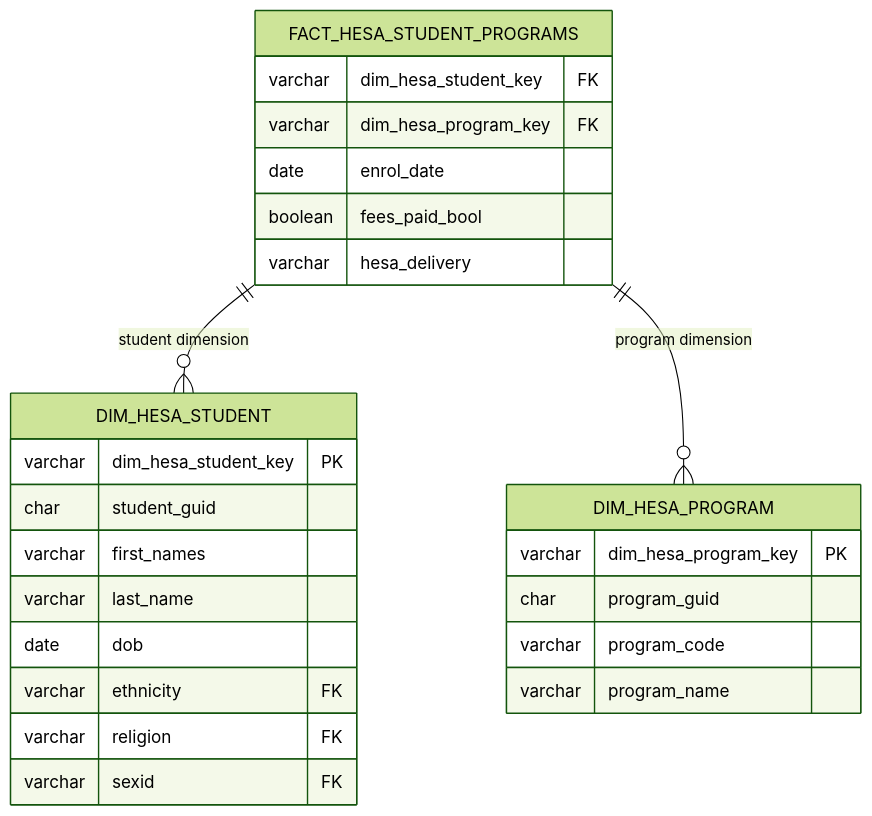
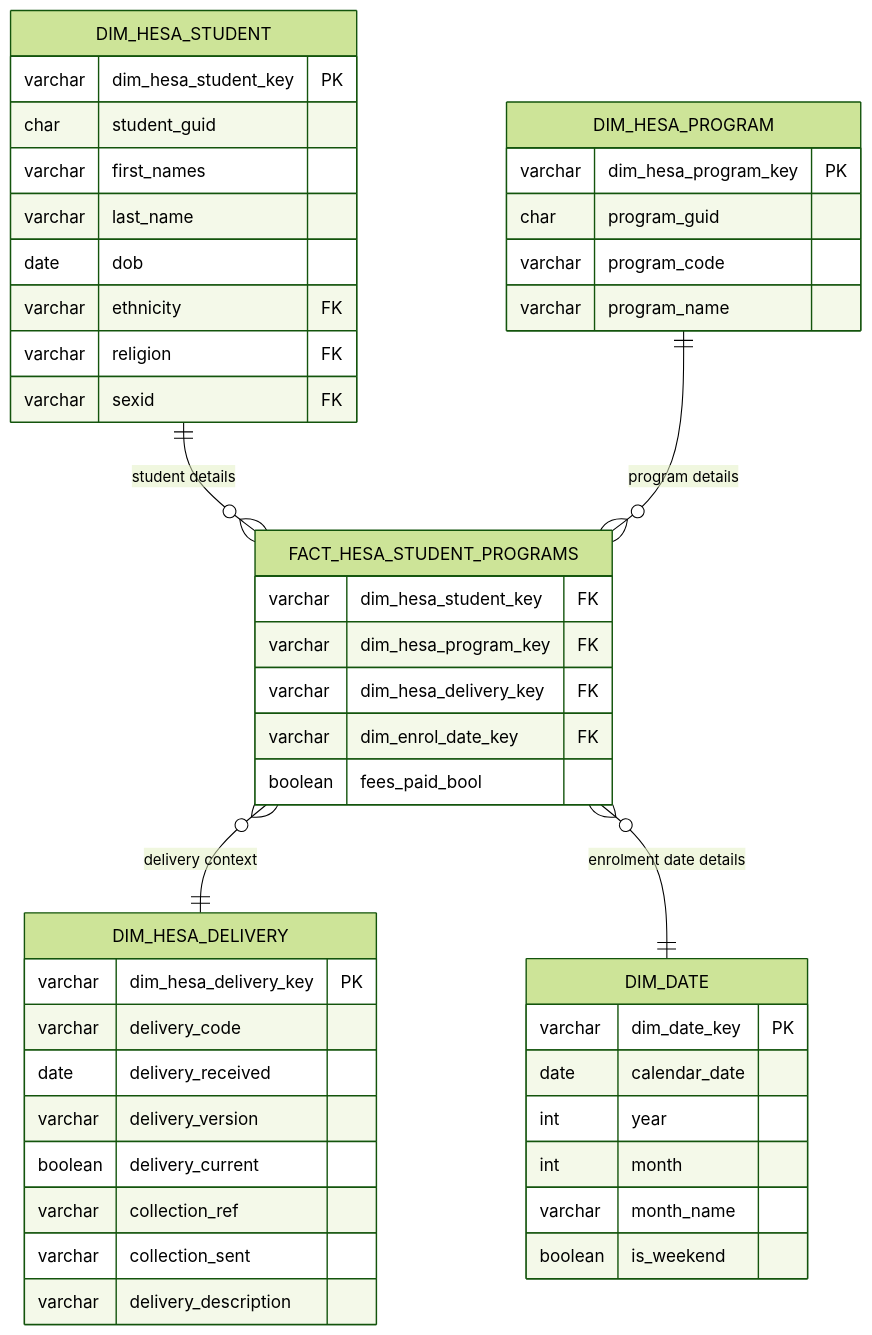
One commit to mart-123/data_thru changed the diagram in docs/data-model.md. Above: the diagram before and after it, drawn with Mermaid (forest theme). The commit also changed other lines of this file and 13 other files, not shown here.

Commit message:
Implemented dim_hesa_delivery and also dim_date including populator script

````diff
--- a/docs/data-model.md
+++ b/docs/data-model.md
@@ -27,31 +28,53 @@
 ```mermaid
 erDiagram
-    FACT_HESA_STUDENT_PROGRAMS ||--o{ DIM_HESA_STUDENT : "student dimension"
-    FACT_HESA_STUDENT_PROGRAMS ||--o{ DIM_HESA_PROGRAM : "program dimension"
+    DIM_HESA_STUDENT ||--o{ FACT_HESA_STUDENT_PROGRAMS : "student details"
+    DIM_HESA_PROGRAM ||--o{ FACT_HESA_STUDENT_PROGRAMS : "program details"
+    FACT_HESA_STUDENT_PROGRAMS }o--|| DIM_HESA_DELIVERY : "delivery context"
+    FACT_HESA_STUDENT_PROGRAMS }o--|| DIM_DATE : "enrolment date details"
 
     DIM_HESA_STUDENT {
         varchar dim_hesa_student_key PK
         char student_guid
         varchar first_names
         varchar last_name
         date dob
         varchar ethnicity FK
         varchar religion FK
         varchar sexid FK
     }
 
     DIM_HESA_PROGRAM {
         varchar dim_hesa_program_key PK
         char program_guid
         varchar program_code
         varchar program_name
     }
 
+    DIM_HESA_DELIVERY {
+        varchar dim_hesa_delivery_key PK
+        varchar delivery_code
+        date delivery_received
+        varchar delivery_version
+        boolean delivery_current
+        varchar collection_ref
+        varchar collection_sent
+        varchar delivery_description
+    }
+    
+    DIM_DATE {
+        varchar dim_date_key PK
+        date calendar_date
+        int year
+        int month
+        varchar month_name
+        boolean is_weekend
+    }
+    
     FACT_HESA_STUDENT_PROGRAMS {
         varchar dim_hesa_student_key FK
         varchar dim_hesa_program_key FK
-        date enrol_date
+        varchar dim_hesa_delivery_key FK
+        varchar dim_enrol_date_key FK
         boolean fees_paid_bool
-        varchar hesa_delivery
     }
 ```
````
